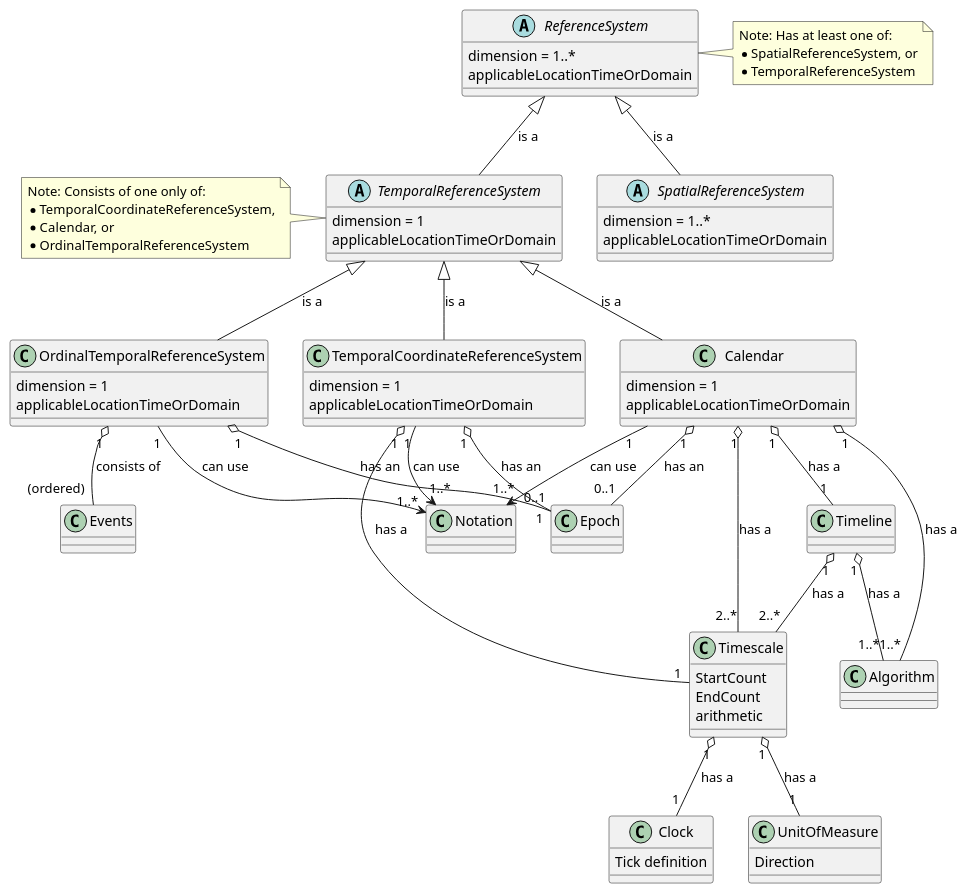
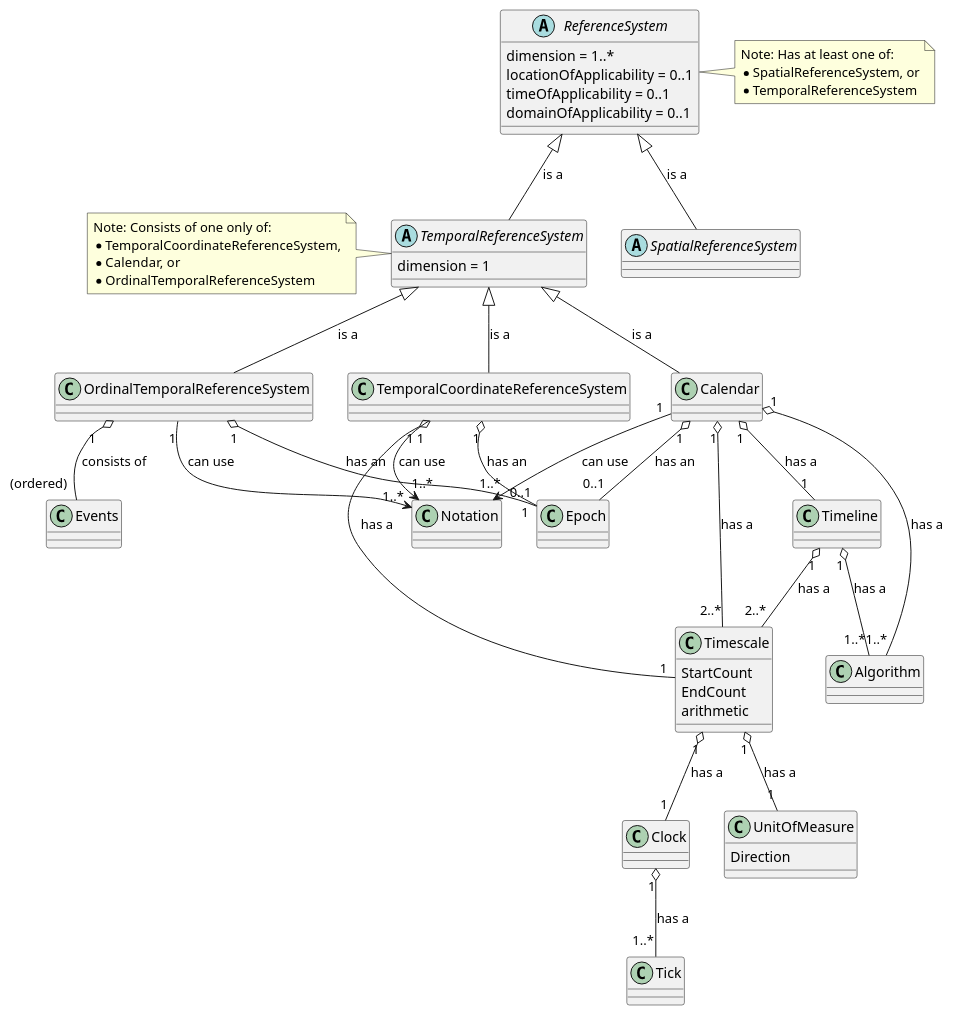
The diagram in 23-049/sections/07-cm.adoc (opengeospatial/Temporal-Abstract-Spec), drawn with PlantUML before and after one commit.

Commit message:
Update 07-cm.adoc
Update PlantUML diagram

```diff
--- a/23-049/sections/07-cm.adoc
+++ b/23-049/sections/07-cm.adoc
@@ -10,7 +10,9 @@
 @startuml
 abstract class ReferenceSystem {
   dimension = 1..*
-  applicableLocationTimeOrDomain
+        locationOfApplicability = 0..1
+        timeOfApplicability = 0..1
+        domainOfApplicability = 0..1
 }
 
 note right of ReferenceSystem
@@ -20,13 +22,10 @@
 end note
 
 abstract class SpatialReferenceSystem {
-  dimension = 1..*
-  applicableLocationTimeOrDomain
 }
 
 abstract class TemporalReferenceSystem {
   dimension = 1
-  applicableLocationTimeOrDomain
 }
 
 note left of TemporalReferenceSystem
@@ -40,18 +39,12 @@
 ReferenceSystem <|-- TemporalReferenceSystem : is a
 
 class OrdinalTemporalReferenceSystem {
-  dimension = 1
-  applicableLocationTimeOrDomain
 }
 
 class TemporalCoordinateReferenceSystem {
-  dimension = 1
-  applicableLocationTimeOrDomain
 }
 
 class Calendar {
-  dimension = 1
-  applicableLocationTimeOrDomain
 }
 
 TemporalReferenceSystem <|-- OrdinalTemporalReferenceSystem : is a
@@ -81,8 +74,10 @@
 Timescale "1" o-- "1" UnitOfMeasure : has a
 
 class Clock {
-  Tick definition
 }
+Clock "1" o-- "1..*" Tick : has a
+class Tick {
+    }
 
 class UnitOfMeasure {
   Direction
```
